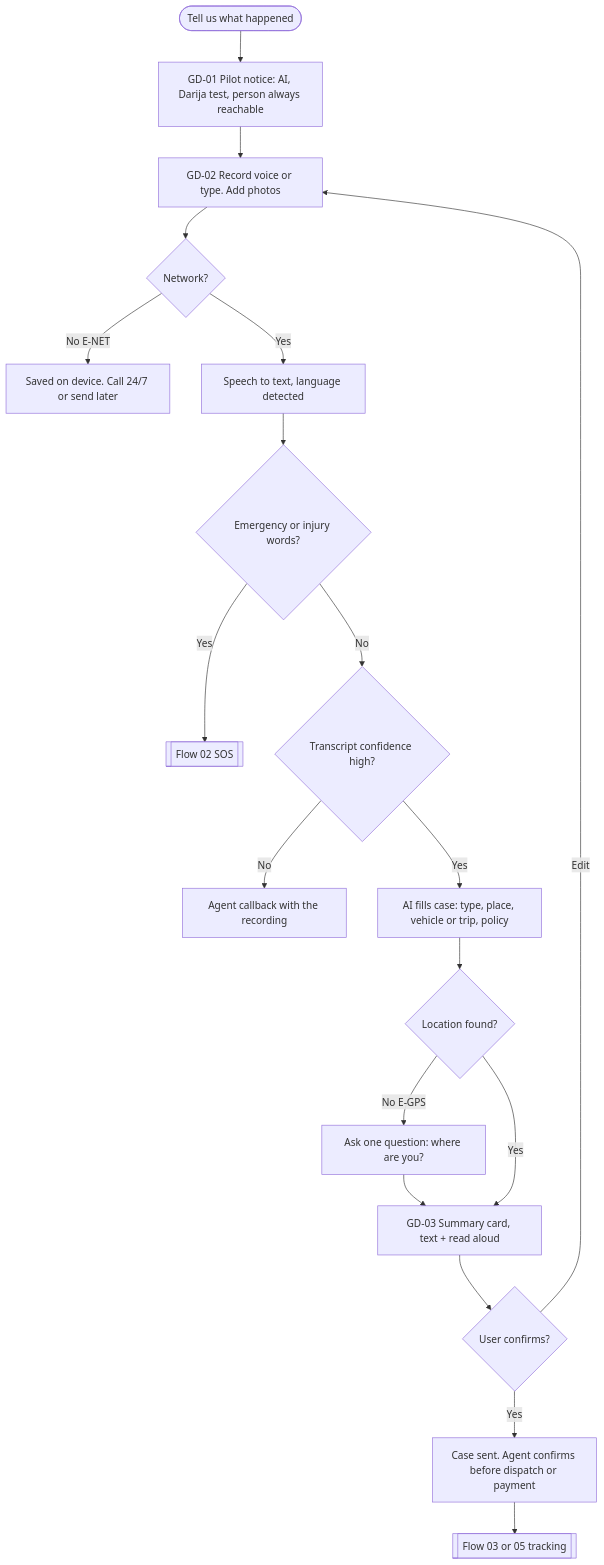
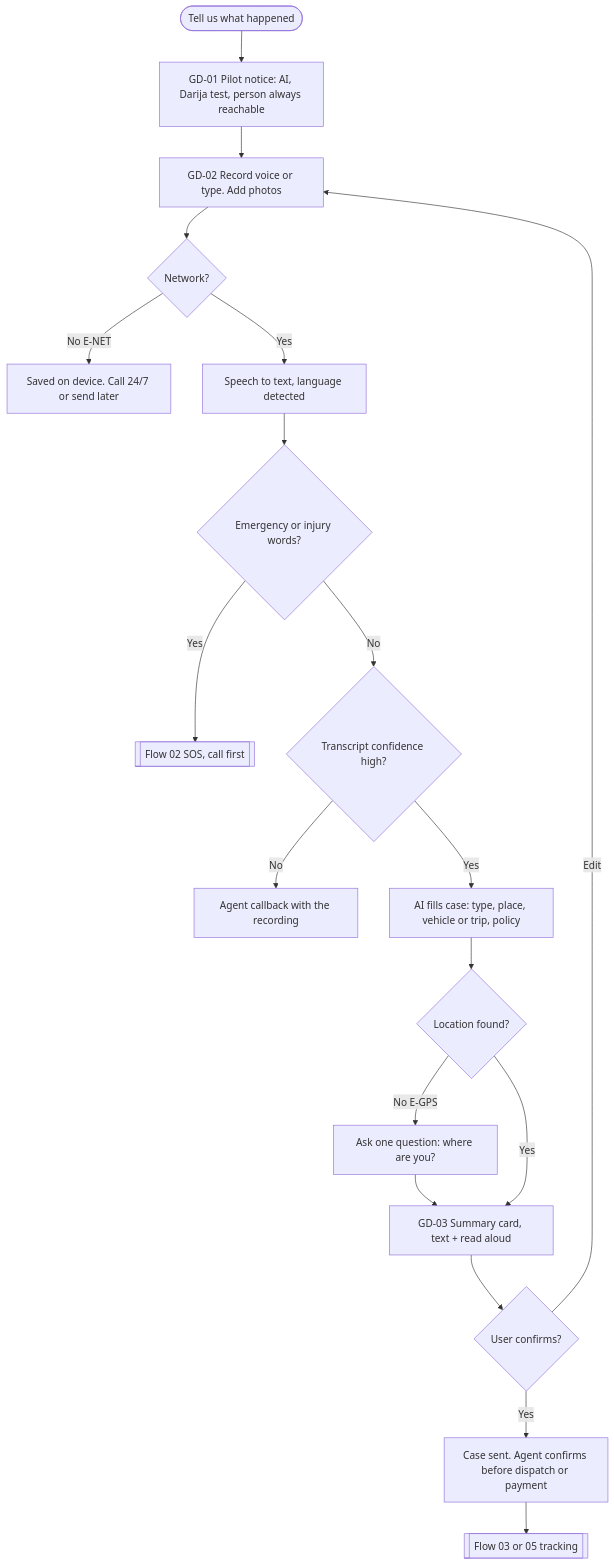
One commit to Dragax10/DC-DT changed the diagram in africa-first-assist/studio/design/flows/09-v2-guided-declaration-voice-photo.md. Above: the diagram before and after it, drawn with Mermaid. The commit also changed other lines of this file and 7 other files, not shown here.

First line of the commit message:
Africa First Assist: flow fixes from critic review, RTL conventions

````diff
--- a/africa-first-assist/studio/design/flows/09-v2-guided-declaration-voice-photo.md
+++ b/africa-first-assist/studio/design/flows/09-v2-guided-declaration-voice-photo.md
@@ -17,21 +17,21 @@
 ```mermaid
 flowchart TD
     V0(["Tell us what happened"]) --> V1["GD-01 Pilot notice: AI, Darija test, person always reachable"]
     V1 --> V2["GD-02 Record voice or type. Add photos"]
     V2 --> D0{"Network?"}
     D0 -->|"No E-NET"| E0["Saved on device. Call 24/7 or send later"]
     D0 -->|"Yes"| V3["Speech to text, language detected"]
     V3 --> G1{"Emergency or injury words?"}
-    G1 -->|"Yes"| SOS[["Flow 02 SOS"]]
+    G1 -->|"Yes"| SOS[["Flow 02 SOS, call first"]]
     G1 -->|"No"| D1{"Transcript confidence high?"}
     D1 -->|"No"| E1["Agent callback with the recording"]
     D1 -->|"Yes"| V4["AI fills case: type, place, vehicle or trip, policy"]
     V4 --> D2{"Location found?"}
     D2 -->|"No E-GPS"| V5["Ask one question: where are you?"]
     V5 --> V6
     D2 -->|"Yes"| V6["GD-03 Summary card, text + read aloud"]
     V6 --> D3{"User confirms?"}
     D3 -->|"Edit"| V2
     D3 -->|"Yes"| V7["Case sent. Agent confirms before dispatch or payment"]
     V7 --> T[["Flow 03 or 05 tracking"]]
 ```
````
